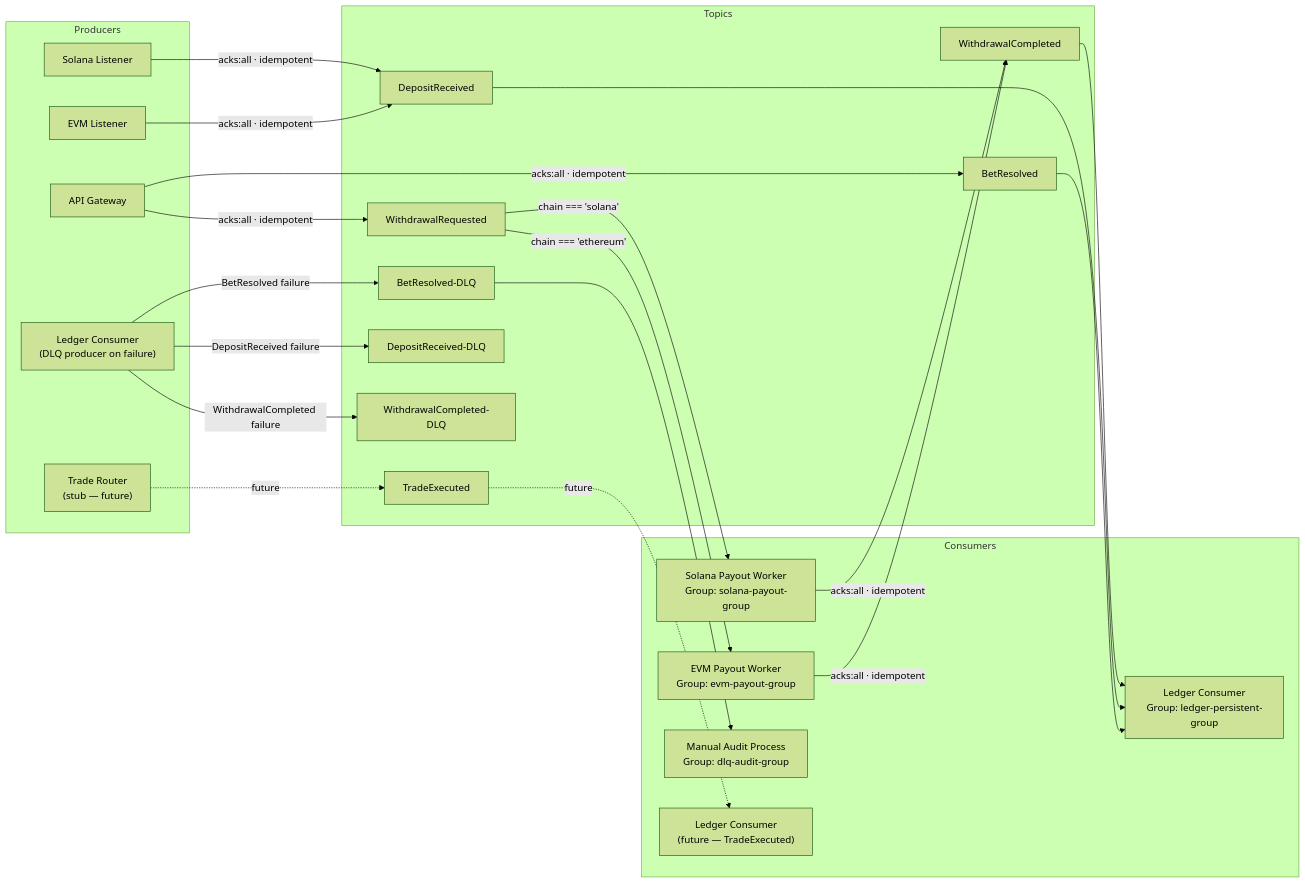
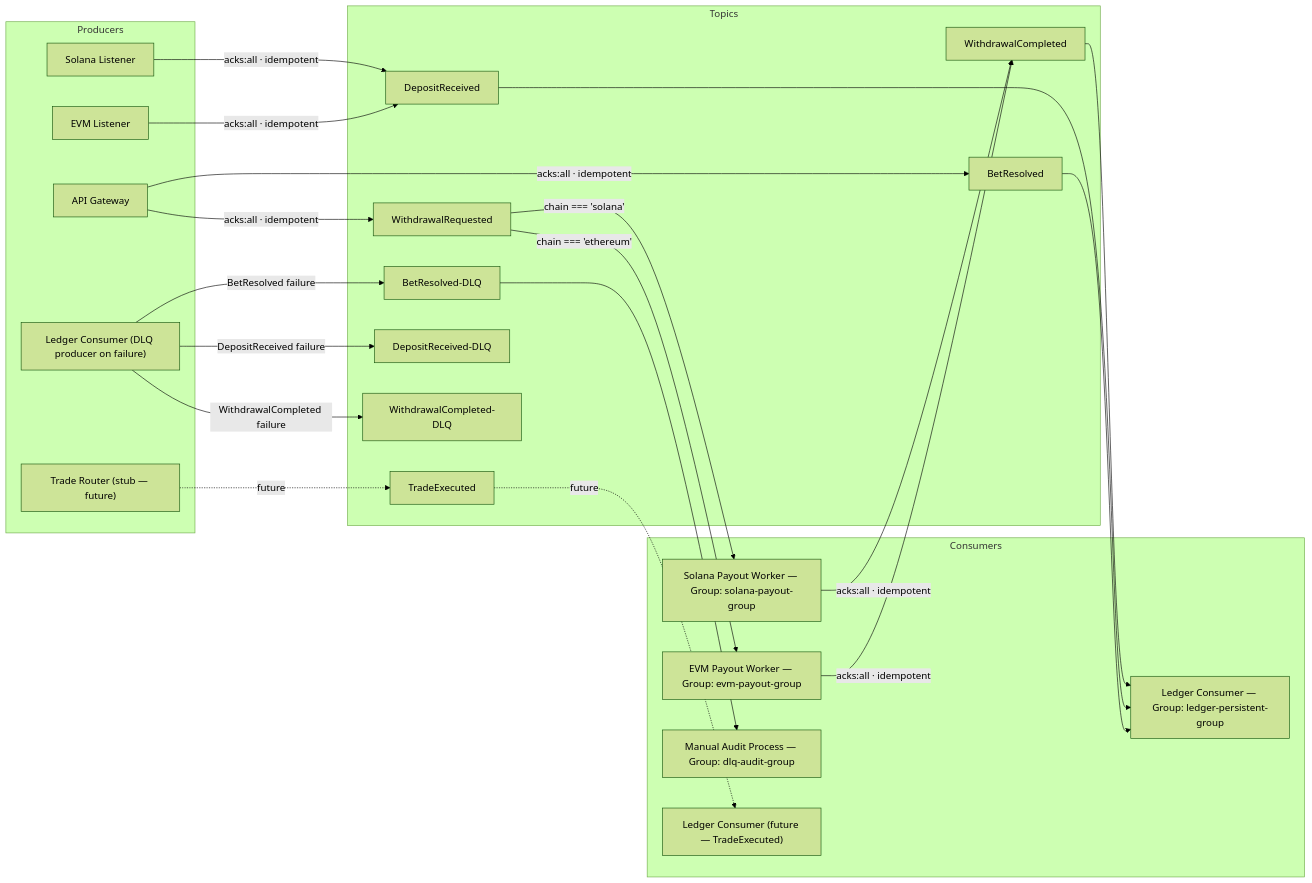
One commit to Fennzo/DiceTilt changed the first of 3 diagrams in documentation/kafka-event-topology.md. Above: the diagram before and after it, drawn with Mermaid (forest theme). The commit also changed other lines of this file and 16 other files, not shown here.

````diff
--- a/documentation/kafka-event-topology.md
+++ b/documentation/kafka-event-topology.md
@@ -11,48 +11,48 @@
 ```mermaid
 flowchart LR
     subgraph "Producers"
         API["API Gateway"]
         EVMListen["EVM Listener"]
         SolListen["Solana Listener"]
-        TradeRouter["Trade Router\n(stub — future)"]
-        LC_DLQ["Ledger Consumer\n(DLQ producer on failure)"]
+        TradeRouter["Trade Router (stub — future)"]
+        LC_DLQ["Ledger Consumer (DLQ producer on failure)"]
     end
 
     subgraph "Topics"
         BRTopic["BetResolved"]
         DRTopic["DepositReceived"]
         WRTopic["WithdrawalRequested"]
         WCTopic["WithdrawalCompleted"]
         TETopic["TradeExecuted"]
         DLQTopic["BetResolved-DLQ"]
         DRDLQTopic["DepositReceived-DLQ"]
         WCDLQTopic["WithdrawalCompleted-DLQ"]
     end
 
     subgraph "Consumers"
-        LC["Ledger Consumer\nGroup: ledger-persistent-group"]
-        EVMPay["EVM Payout Worker\nGroup: evm-payout-group"]
-        SolPay["Solana Payout Worker\nGroup: solana-payout-group"]
-        Audit["Manual Audit Process\nGroup: dlq-audit-group"]
-        LC_Future["Ledger Consumer\n(future — TradeExecuted)"]
+        LC["Ledger Consumer — Group: ledger-persistent-group"]
+        EVMPay["EVM Payout Worker — Group: evm-payout-group"]
+        SolPay["Solana Payout Worker — Group: solana-payout-group"]
+        Audit["Manual Audit Process — Group: dlq-audit-group"]
+        LC_Future["Ledger Consumer (future — TradeExecuted)"]
     end
 
     API -->|"acks:all · idempotent"| BRTopic
     API -->|"acks:all · idempotent"| WRTopic
     EVMListen -->|"acks:all · idempotent"| DRTopic
     SolListen -->|"acks:all · idempotent"| DRTopic
     EVMPay -->|"acks:all · idempotent"| WCTopic
     SolPay -->|"acks:all · idempotent"| WCTopic
     TradeRouter -.->|"future"| TETopic
     LC_DLQ -->|"BetResolved failure"| DLQTopic
     LC_DLQ -->|"DepositReceived failure"| DRDLQTopic
     LC_DLQ -->|"WithdrawalCompleted failure"| WCDLQTopic
 
     BRTopic --> LC
     DRTopic --> LC
     WCTopic --> LC
     WRTopic -->|"chain === 'ethereum'"| EVMPay
     WRTopic -->|"chain === 'solana'"| SolPay
     TETopic -.->|"future"| LC_Future
     DLQTopic --> Audit
 ```
````
